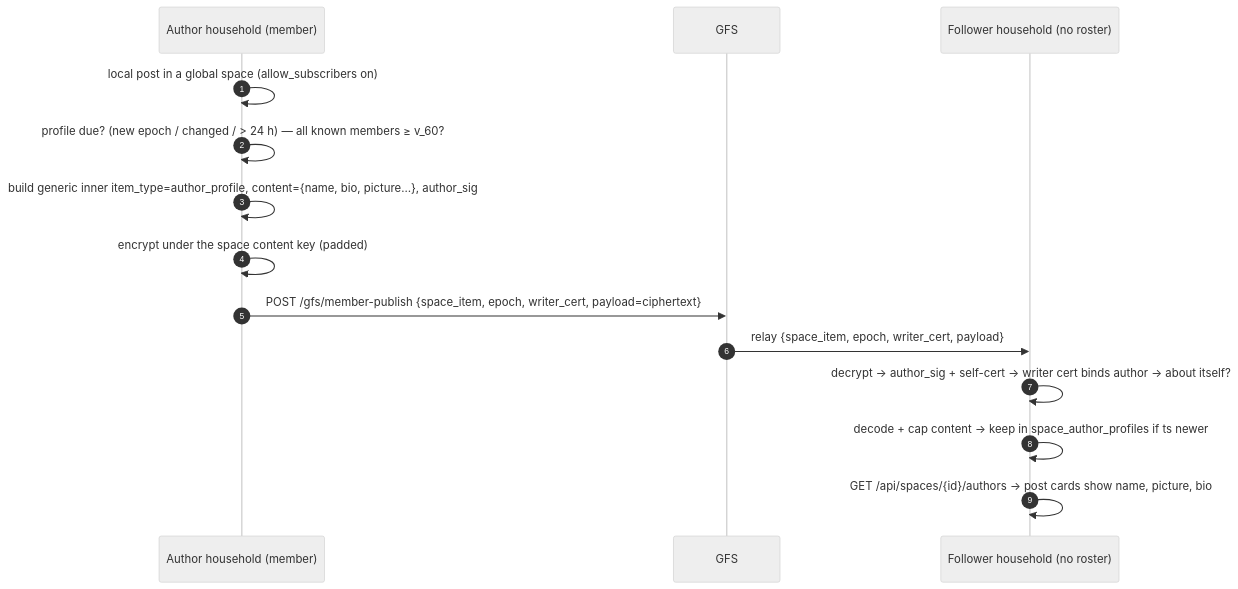
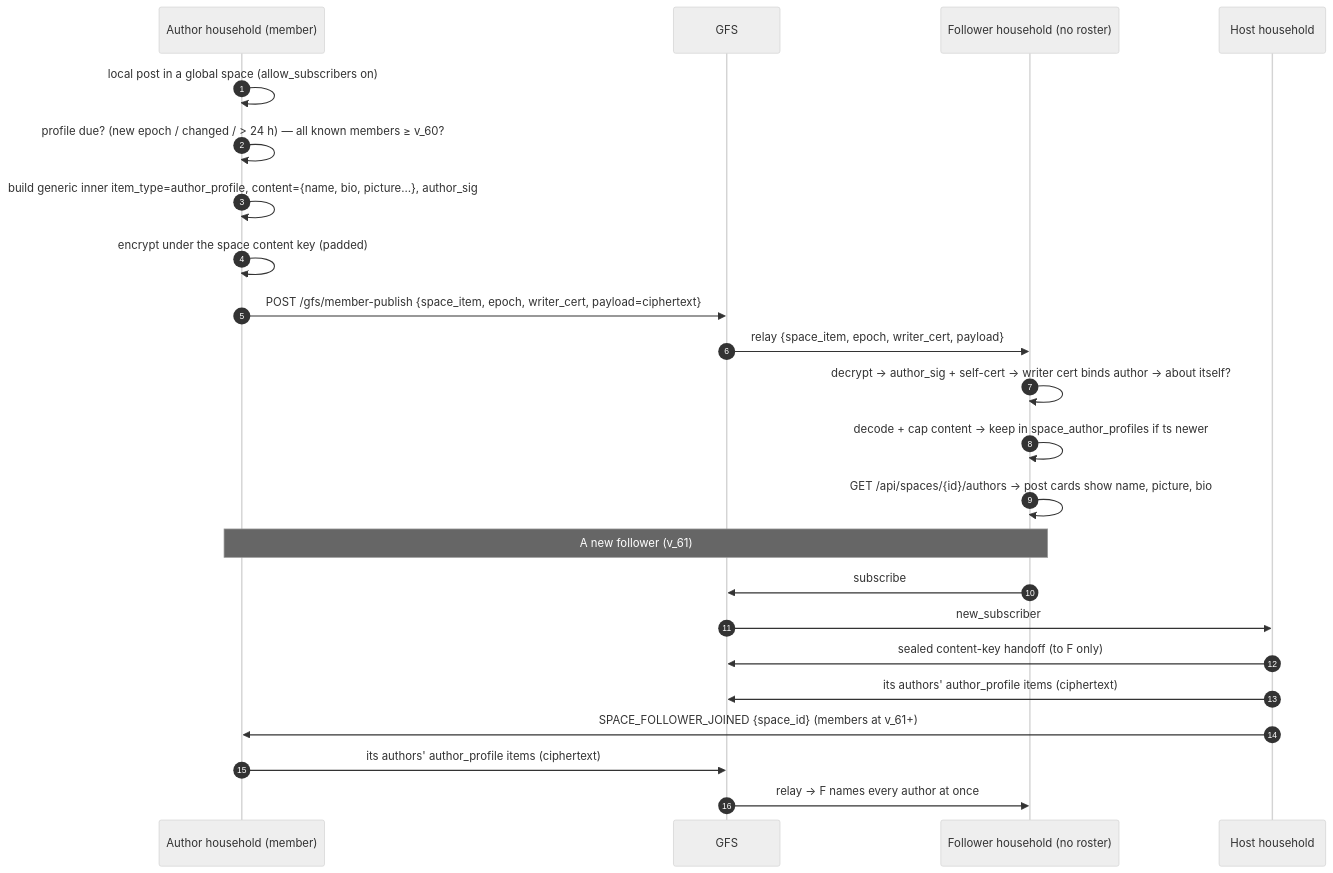
One commit to social-home-io/socialhome changed the sixth of 12 diagrams in docs/protocol/discovery.md. Above: the diagram before and after it, drawn with Mermaid (neutral theme). The commit also changed other lines of this file and 21 other files, not shown here.

First line of the commit message:
A new follower of a global space learns its authors' names at once

````diff
--- a/docs/protocol/discovery.md
+++ b/docs/protocol/discovery.md
@@ -1552,17 +1564,27 @@
 ```mermaid
 sequenceDiagram
   autonumber
   participant A as Author household (member)
   participant G as GFS
   participant F as Follower household (no roster)
 
   A->>A: local post in a global space (allow_subscribers on)
   A->>A: profile due? (new epoch / changed / > 24 h) — all known members ≥ v_60?
   A->>A: build generic inner item_type=author_profile, content={name, bio, picture…}, author_sig
   A->>A: encrypt under the space content key (padded)
   A->>G: POST /gfs/member-publish {space_item, epoch, writer_cert, payload=ciphertext}
   G->>F: relay {space_item, epoch, writer_cert, payload}
   F->>F: decrypt → author_sig + self-cert → writer cert binds author → about itself?
   F->>F: decode + cap content → keep in space_author_profiles if ts newer
   F->>F: GET /api/spaces/{id}/authors → post cards show name, picture, bio
+
+  Note over F,A: A new follower (v_61)
+  participant H as Host household
+  F->>G: subscribe
+  G->>H: new_subscriber
+  H->>G: sealed content-key handoff (to F only)
+  H->>G: its authors' author_profile items (ciphertext)
+  H->>A: SPACE_FOLLOWER_JOINED {space_id} (members at v_61+)
+  A->>G: its authors' author_profile items (ciphertext)
+  G->>F: relay → F names every author at once
 ```
````
